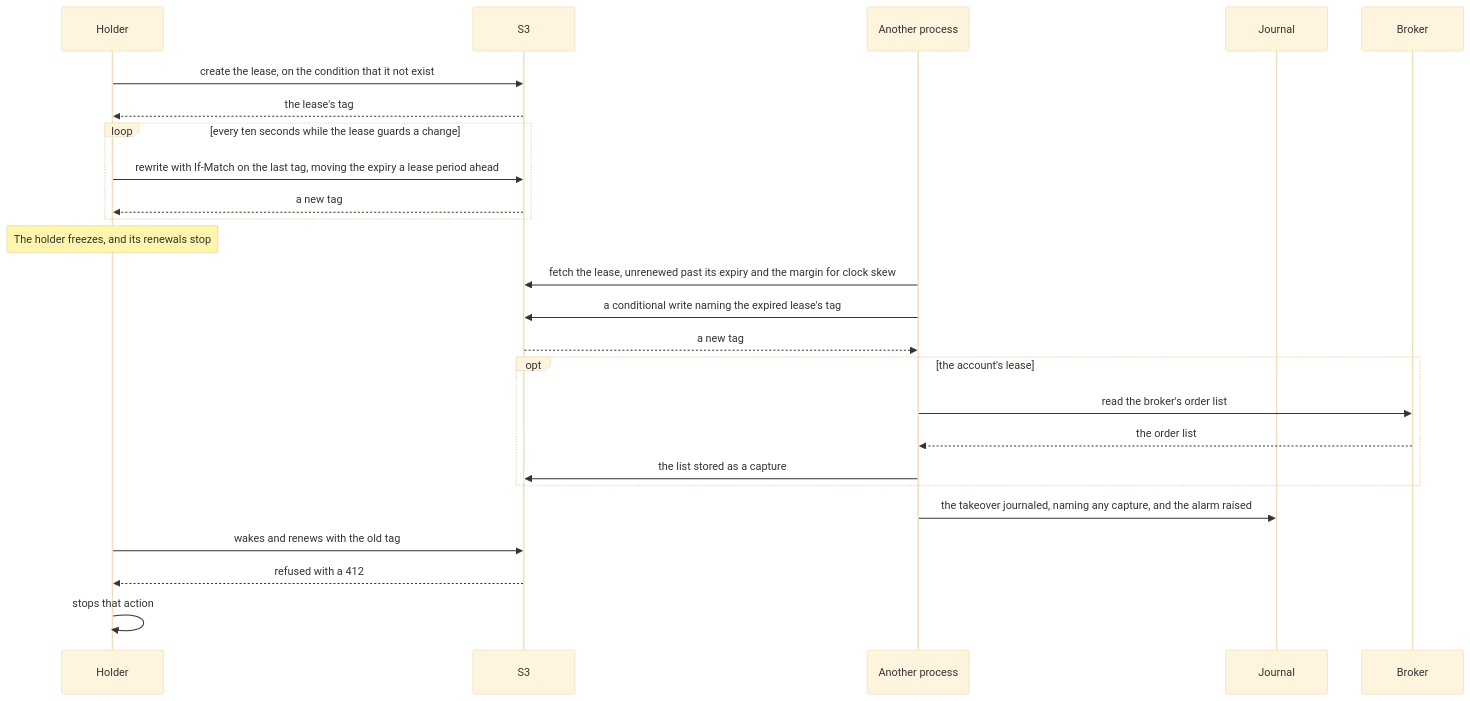
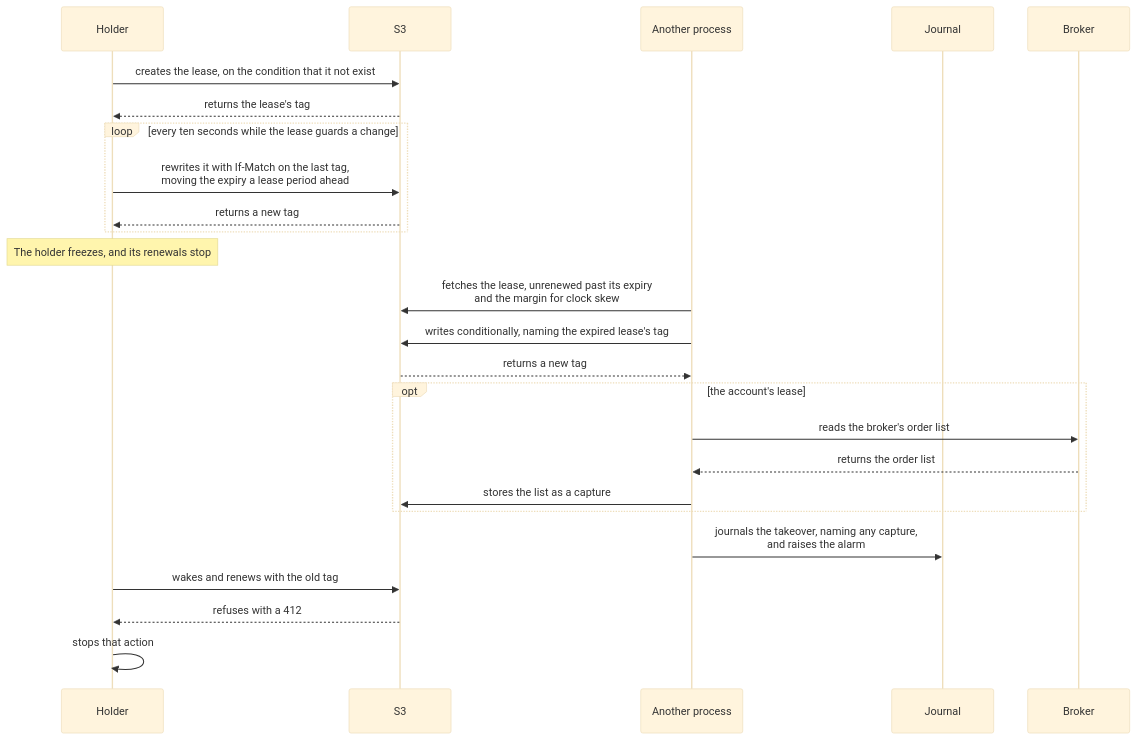
Before and after one commit to l3a0/ithildin-runtime: the third of 3 diagrams in docs/halts-and-drills.md, drawn with Mermaid (base theme). The commit also changed other lines of this file and 2 other files, not shown here.

Commit message:
docs: restyle the words in the Mermaid diagrams
A reader takes a diagram as the short version of the text beside it, so a
label written as shorthand fails the reader the way a cryptic sentence does.
This change rewrites labels in docs/architecture.md, docs/halts-and-drills.md
and docs/team-charter.md as plain phrases with a verb and a clear actor, spells
out "ack", and wraps long labels at about 45 characters.

Only wording moves. Every participant, arrow, order, node, edge and state stays,
and the data-flow diagram's numbered crossing labels stay exact.

Part of #4

````diff
--- a/docs/halts-and-drills.md
+++ b/docs/halts-and-drills.md
@@ -161,27 +161,27 @@
 ```mermaid
 sequenceDiagram
     participant A as Holder
     participant S as S3
     participant B as Another process
     participant J as Journal
     participant K as Broker
-    A->>S: create the lease, on the condition that it not exist
-    S-->>A: the lease's tag
+    A->>S: creates the lease, on the condition that it not exist
+    S-->>A: returns the lease's tag
     loop every ten seconds while the lease guards a change
-        A->>S: rewrite with If-Match on the last tag, moving the expiry a lease period ahead
-        S-->>A: a new tag
+        A->>S: rewrites it with If-Match on the last tag,<br/>moving the expiry a lease period ahead
+        S-->>A: returns a new tag
     end
     Note over A: The holder freezes, and its renewals stop
-    B->>S: fetch the lease, unrenewed past its expiry and the margin for clock skew
-    B->>S: a conditional write naming the expired lease's tag
-    S-->>B: a new tag
+    B->>S: fetches the lease, unrenewed past its expiry<br/>and the margin for clock skew
+    B->>S: writes conditionally, naming the expired lease's tag
+    S-->>B: returns a new tag
     opt the account's lease
-        B->>K: read the broker's order list
-        K-->>B: the order list
-        B->>S: the list stored as a capture
+        B->>K: reads the broker's order list
+        K-->>B: returns the order list
+        B->>S: stores the list as a capture
     end
-    B->>J: the takeover journaled, naming any capture, and the alarm raised
+    B->>J: journals the takeover, naming any capture,<br/>and raises the alarm
     A->>S: wakes and renews with the old tag
-    S-->>A: refused with a 412
+    S-->>A: refuses with a 412
     A->>A: stops that action
 ```
````
